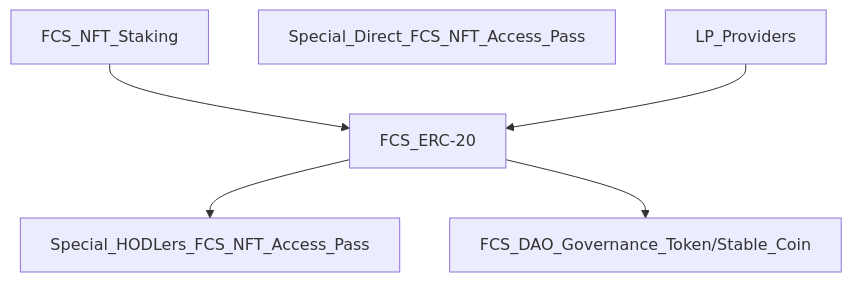
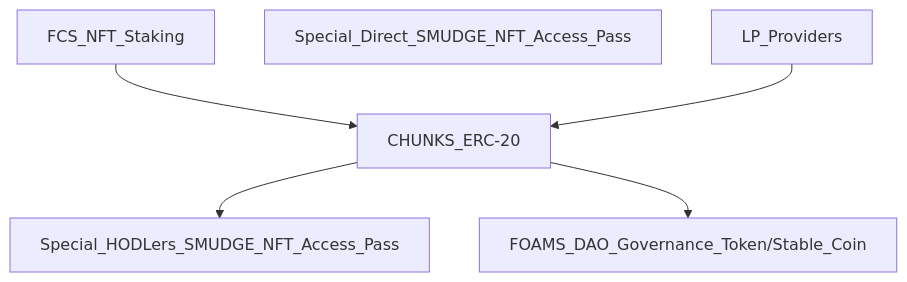
The second of 2 diagrams in White Papers/FCS NFT/README.md (WrappedUsername/Web-Dev-Notes), drawn with Mermaid before and after one commit. The commit also changed other lines of this file, not shown here.

````diff
--- a/White Papers/FCS NFT/README.md
+++ b/White Papers/FCS NFT/README.md
@@ -41,9 +41,9 @@
 ```mermaid
 graph TD;
-FCS_NFT_Staking-->FCS_ERC-20
-Special_Direct_FCS_NFT_Access_Pass
-LP_Providers-->FCS_ERC-20
-FCS_ERC-20-->Special_HODLers_FCS_NFT_Access_Pass
-FCS_ERC-20-->FCS_DAO_Governance_Token/Stable_Coin
+FCS_NFT_Staking-->CHUNKS_ERC-20
+Special_Direct_SMUDGE_NFT_Access_Pass
+LP_Providers-->CHUNKS_ERC-20
+CHUNKS_ERC-20-->Special_HODLers_SMUDGE_NFT_Access_Pass
+CHUNKS_ERC-20-->FOAMS_DAO_Governance_Token/Stable_Coin
 
 ```
````
